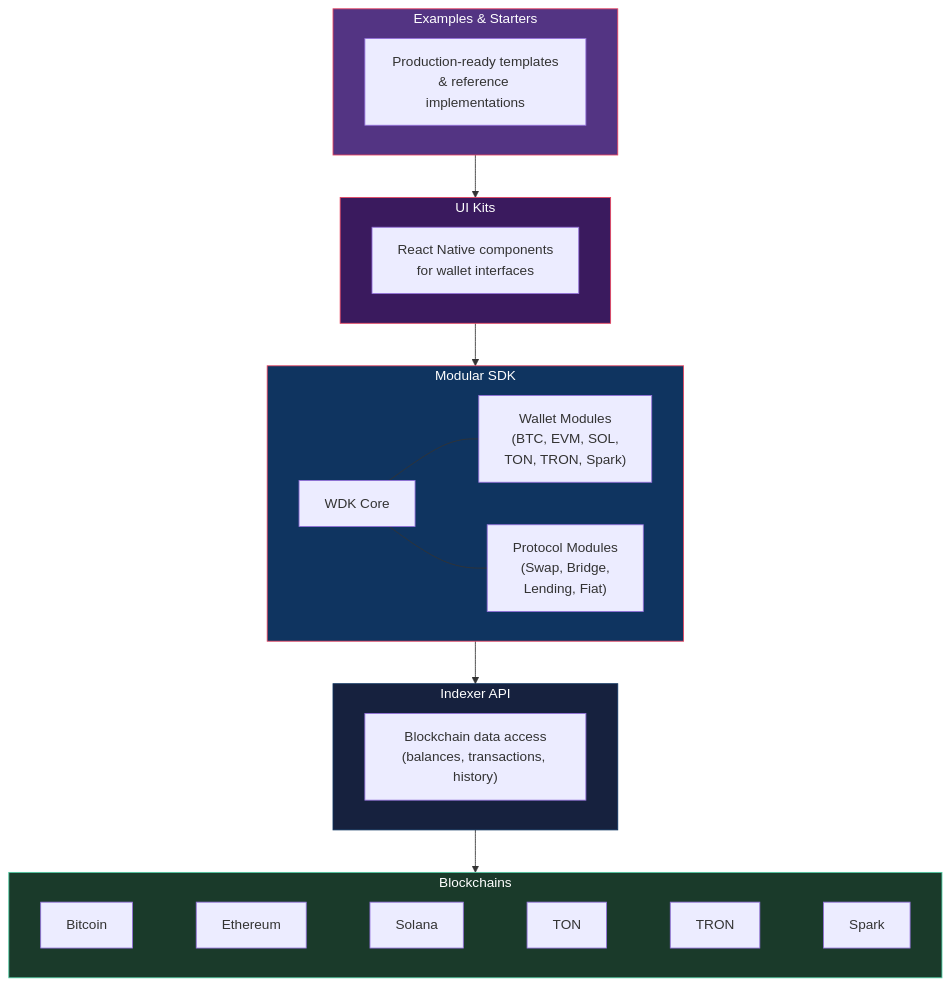
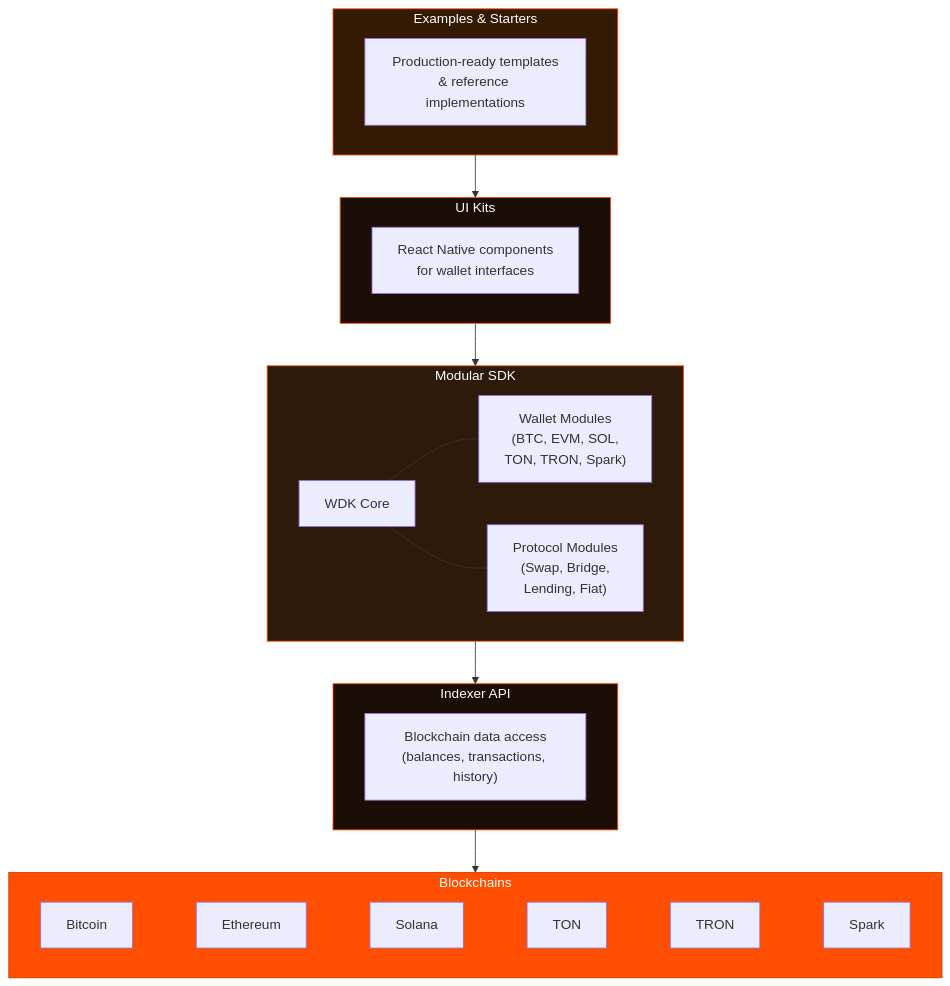
One commit to gatteo/wdk-docs changed the diagram in overview/about.md. Above: the diagram before and after it, drawn with Mermaid. The commit also changed 21 other files, not shown here.

Commit message:
docs: update all mermaid diagrams to WDK branding colors (#FF4E00 orange, #080201 dark)

````diff
--- a/overview/about.md
+++ b/overview/about.md
@@ -118,39 +118,39 @@
 ```mermaid
 graph TB
     subgraph Top["Examples & Starters"]
         EX["Production-ready templates\n& reference implementations"]
     end
 
     subgraph UI["UI Kits"]
         UIK["React Native components\nfor wallet interfaces"]
     end
 
     subgraph SDK["Modular SDK"]
         direction LR
         CORE["WDK Core"]
         WALLETS["Wallet Modules\n(BTC, EVM, SOL,\nTON, TRON, Spark)"]
         PROTOS["Protocol Modules\n(Swap, Bridge,\nLending, Fiat)"]
         CORE --- WALLETS
         CORE --- PROTOS
     end
 
     subgraph Data["Indexer API"]
         IDX["Blockchain data access\n(balances, transactions, history)"]
     end
 
     subgraph Chains["Blockchains"]
         direction LR
         B1["Bitcoin"] ~~~ B2["Ethereum"] ~~~ B3["Solana"] ~~~ B4["TON"] ~~~ B5["TRON"] ~~~ B6["Spark"]
     end
 
     Top --> UI
     UI --> SDK
     SDK --> Data
     Data --> Chains
 
-    style Top fill:#533483,stroke:#e94560,color:#fff
-    style UI fill:#3a1a5e,stroke:#e94560,color:#fff
-    style SDK fill:#0f3460,stroke:#e94560,color:#fff
-    style Data fill:#16213e,stroke:#0f3460,color:#fff
-    style Chains fill:#1a3a2a,stroke:#4ecca3,color:#fff
+    style Top fill:#331a00,stroke:#FF4E00,color:#fff
+    style UI fill:#1a0e06,stroke:#FF4E00,color:#fff
+    style SDK fill:#2d1a0a,stroke:#FF4E00,color:#fff
+    style Data fill:#1a0e06,stroke:#FF4E00,color:#fff
+    style Chains fill:#FF4E00,stroke:#cc3e00,color:#fff
 ```
````
